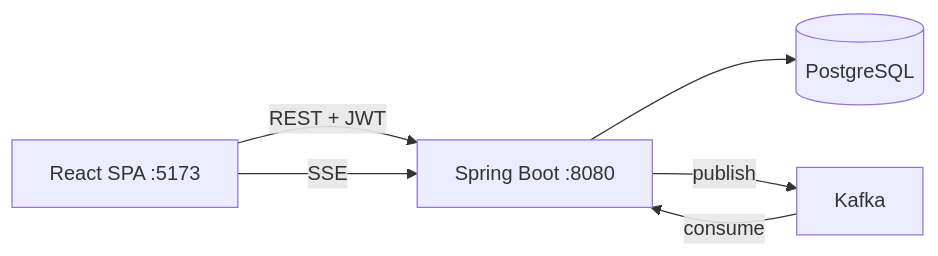
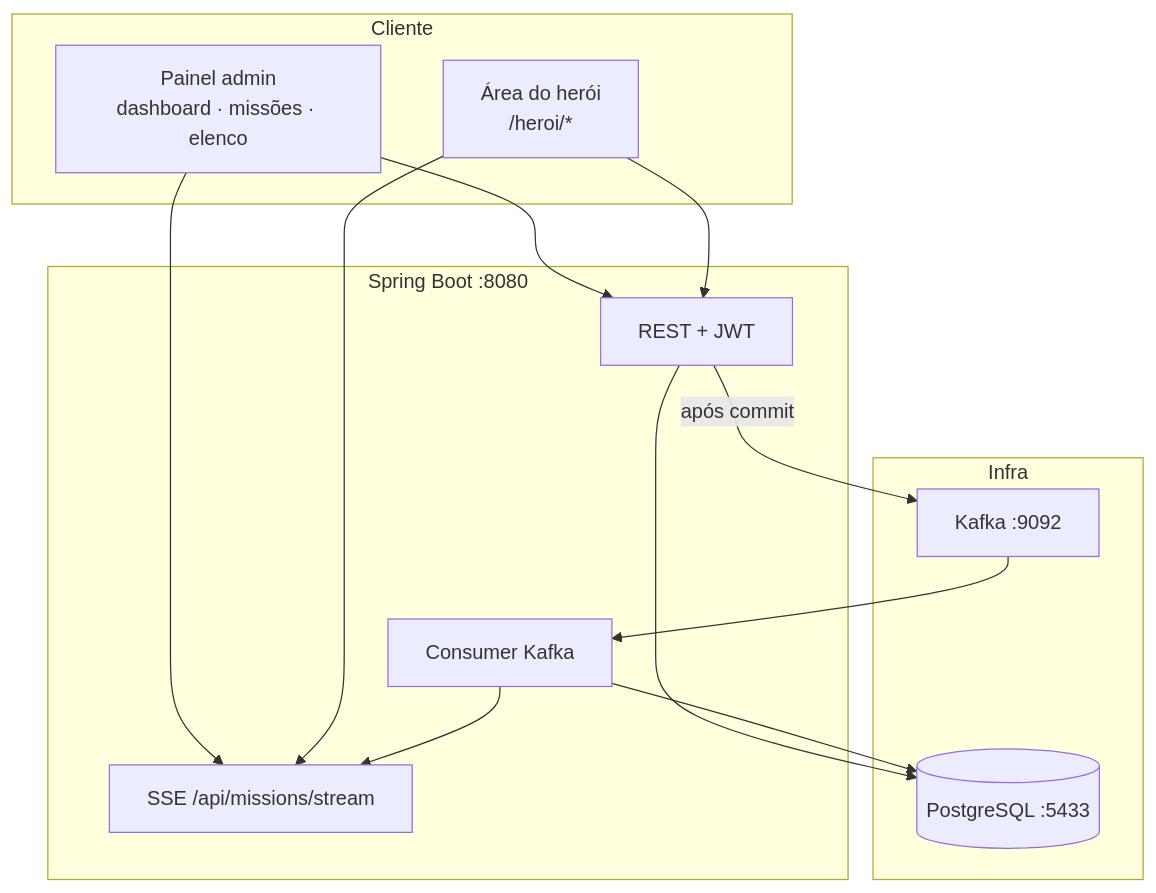
The first of 3 diagrams in README.md (karolAlbuquerque/central-lj), drawn with Mermaid before and after one commit. The commit also changed other lines of this file, not shown here.

First line of the commit message:
docs: expand README with detailed project overview and architecture

````diff
--- a/README.md
+++ b/README.md
@@ -119,13 +45,23 @@
 ```mermaid
-flowchart LR
-  UI["React SPA :5173"]
-  API["Spring Boot :8080"]
-  PG[(PostgreSQL)]
-  KF[Kafka]
-
-  UI -->|REST + JWT| API
-  UI -->|SSE| API
-  API --> PG
-  API -->|publish| KF
-  KF -->|consume| API
+flowchart TB
+  subgraph Cliente
+    ADM["Painel admin<br/>dashboard · missões · elenco"]
+    HER["Área do herói<br/>/heroi/*"]
+  end
+  subgraph API["Spring Boot :8080"]
+    REST["REST + JWT"]
+    SSE["SSE /api/missions/stream"]
+    CONS["Consumer Kafka"]
+  end
+  subgraph Infra
+    PG[(PostgreSQL :5433)]
+    KF[Kafka :9092]
+  end
+  ADM & HER --> REST
+  ADM & HER --> SSE
+  REST --> PG
+  REST -->|após commit| KF
+  KF --> CONS
+  CONS --> PG
+  CONS --> SSE
 ```
````
